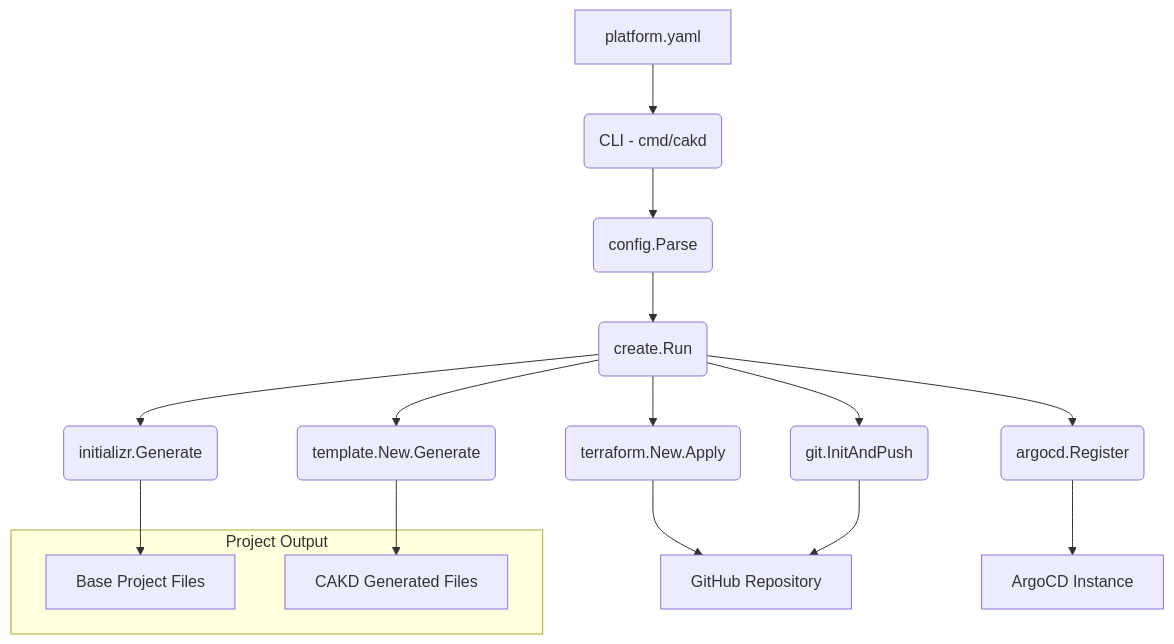
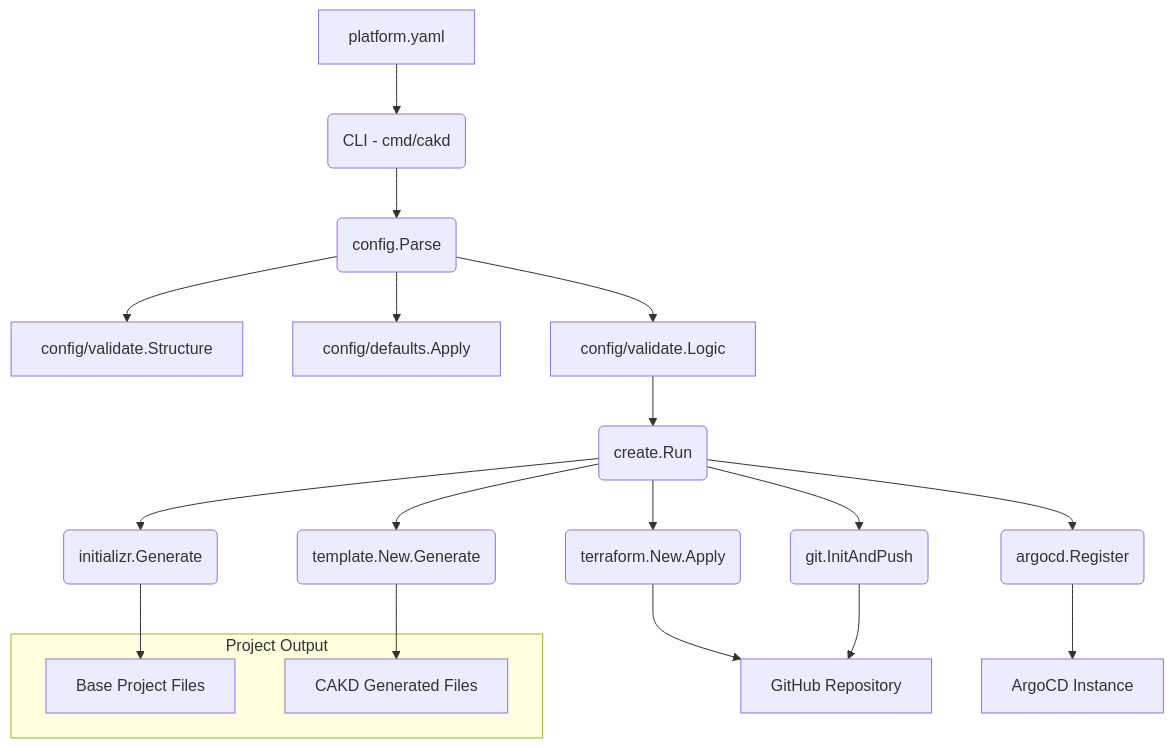
The diagram in docs/src/content/docs/explanation/architecture.md (nguyentin05/cakd-platform), drawn with Mermaid before and after one commit. The commit also changed other lines of this file and 1 other file, not shown here.

````diff
--- a/docs/src/content/docs/explanation/architecture.md
+++ b/docs/src/content/docs/explanation/architecture.md
@@ -82,22 +82,25 @@
 ```mermaid
 graph TD
     A[platform.yaml] --> B(CLI - cmd/cakd)
-    B --> C(config.Parse)
-    C --> D(create.Run)
+    B --> C1(config.Parse)
+    C1 --> C2[config/validate.Structure]
+    C1 --> C3[config/defaults.Apply]
+    C1 --> C4[config/validate.Logic]
+    C4 --> D(create.Run)
     D --> E(initializr.Generate)
     D --> F(template.New.Generate)
     D --> G(terraform.New.Apply)
     D --> H(git.InitAndPush)
     D --> I(argocd.Register)
 
     E --> J[Base Project Files]
     F --> K[CAKD Generated Files]
     G --> L[GitHub Repository]
     H --> L
     I --> M[ArgoCD Instance]
 
     subgraph Project Output
         J
         K
     end
 ```
````
